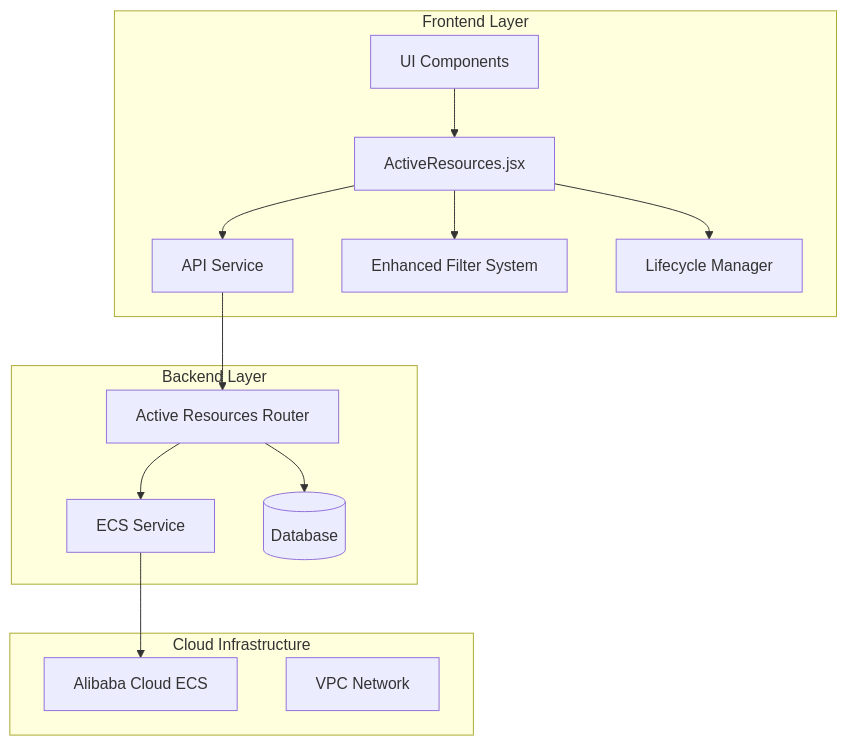
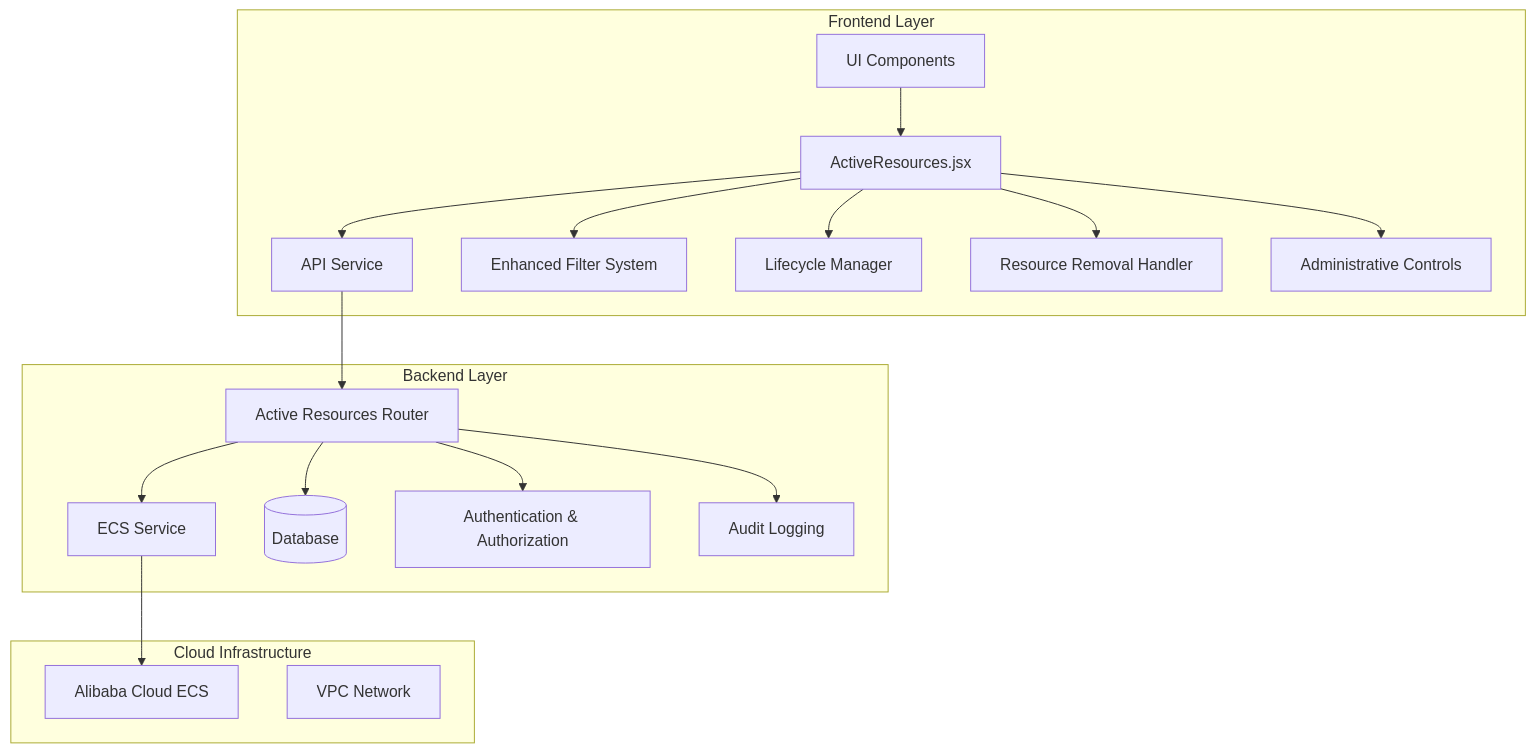
One commit to 14Lucifer/hackathon_ecs_creator changed the first of 6 diagrams in .qoder/repowiki/en/content/Frontend Development/Page Components & Routing/Active Resource Monitoring.md. Above: the diagram before and after it, drawn with Mermaid. The commit also changed other lines of this file and 92 other files, not shown here.

````diff
--- a/.qoder/repowiki/en/content/Frontend Development/Page Components & Routing/Active Resource Monitoring.md
+++ b/.qoder/repowiki/en/content/Frontend Development/Page Components & Routing/Active Resource Monitoring.md
@@ -43,27 +46,35 @@
 ```mermaid
 graph TB
 subgraph "Frontend Layer"
 AR[ActiveResources.jsx]
 UI[UI Components]
 API[API Service]
 Filter[Enhanced Filter System]
 Lifecycle[Lifecycle Manager]
+Removal[Resource Removal Handler]
+Admin[Administrative Controls]
 end
 subgraph "Backend Layer"
 Router[Active Resources Router]
 ECS[ECS Service]
 DB[(Database)]
+Auth[Authentication & Authorization]
+Audit[Audit Logging]
 end
 subgraph "Cloud Infrastructure"
 ALI[Alibaba Cloud ECS]
 VPC[VPC Network]
 end
 AR --> API
 AR --> Filter
 AR --> Lifecycle
+AR --> Removal
+AR --> Admin
 API --> Router
 Router --> ECS
+Router --> Auth
+Router --> Audit
 ECS --> ALI
 Router --> DB
 UI --> AR
 ```
````
